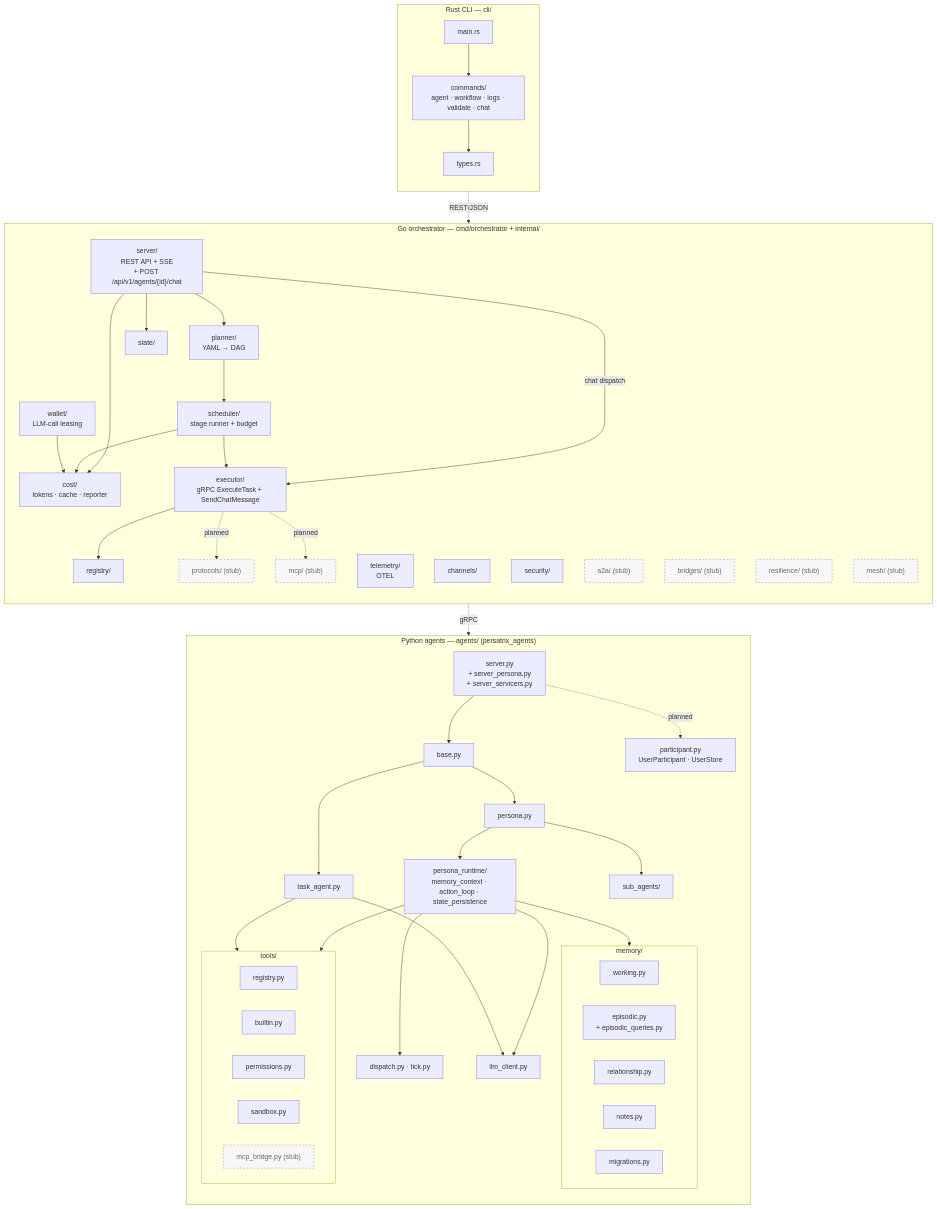
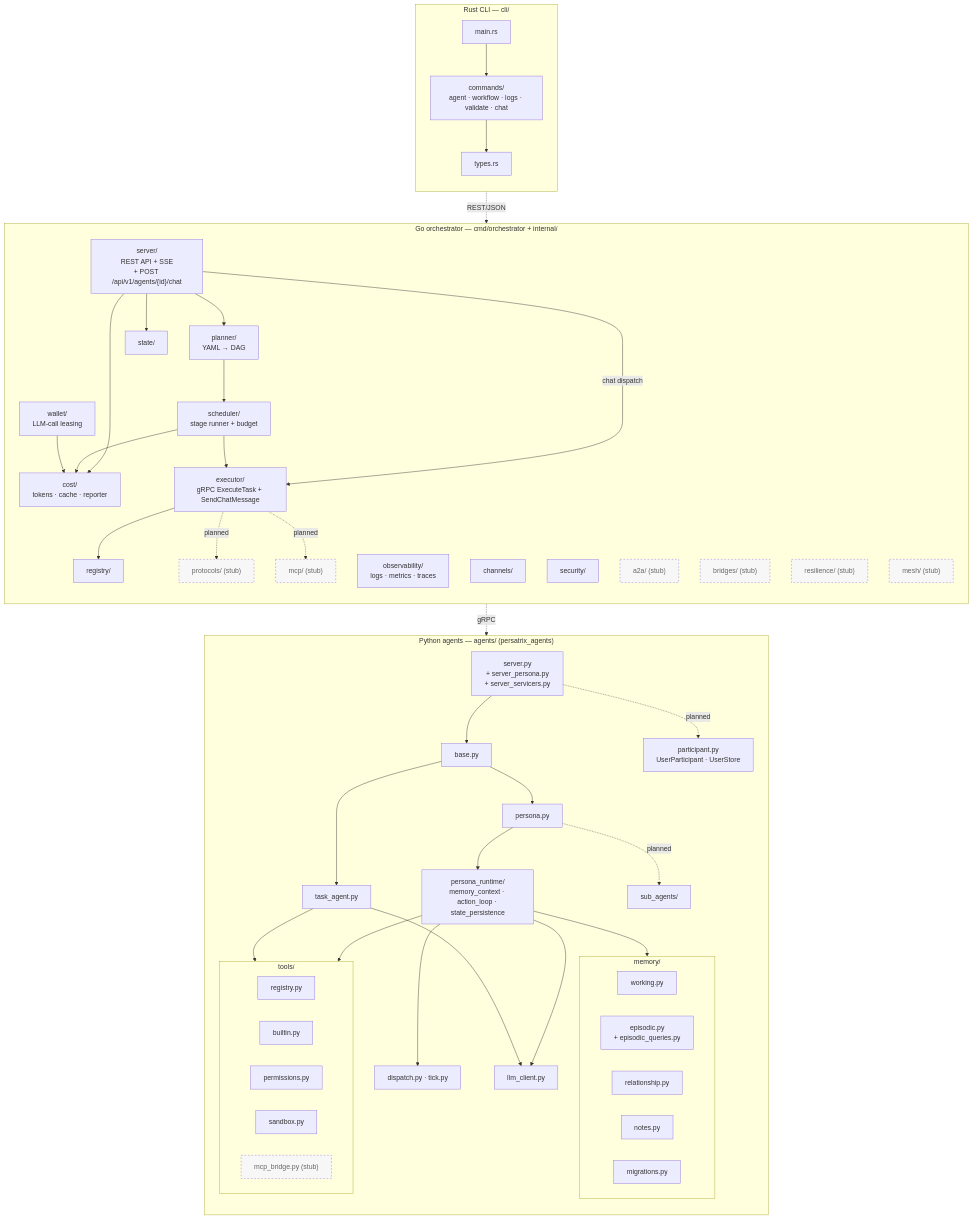
One commit to mkhomutov/Persatrix changed the diagram in docs/diagrams/component-architecture.md. Above: the diagram before and after it, drawn with Mermaid. The commit also changed other lines of this file and 2 other files, not shown here.

First line of the commit message:
docs(diagrams): fix the telemetry path, the sub-agent edge and two phase rows (#902)

```diff
--- a/docs/diagrams/component-architecture.md
+++ b/docs/diagrams/component-architecture.md
@@ -25,7 +25,7 @@
         STATE["state/"]
         COST["cost/<br/>tokens · cache · reporter"]
         WALLET["wallet/<br/>LLM-call leasing"]
-        TELE["telemetry/<br/>OTEL"]
+        TELE["observability/<br/>logs · metrics · traces"]
         CHAN["channels/"]
         SEC["security/"]
 
@@ -88,7 +88,7 @@
         PRUNTIME --> LLM
         TASK --> TOOLS
         PRUNTIME --> TOOLS
-        PERSONA --> SUB
+        PERSONA -. planned .-> SUB
     end
 
     Rust -.->|REST/JSON| Go
```
